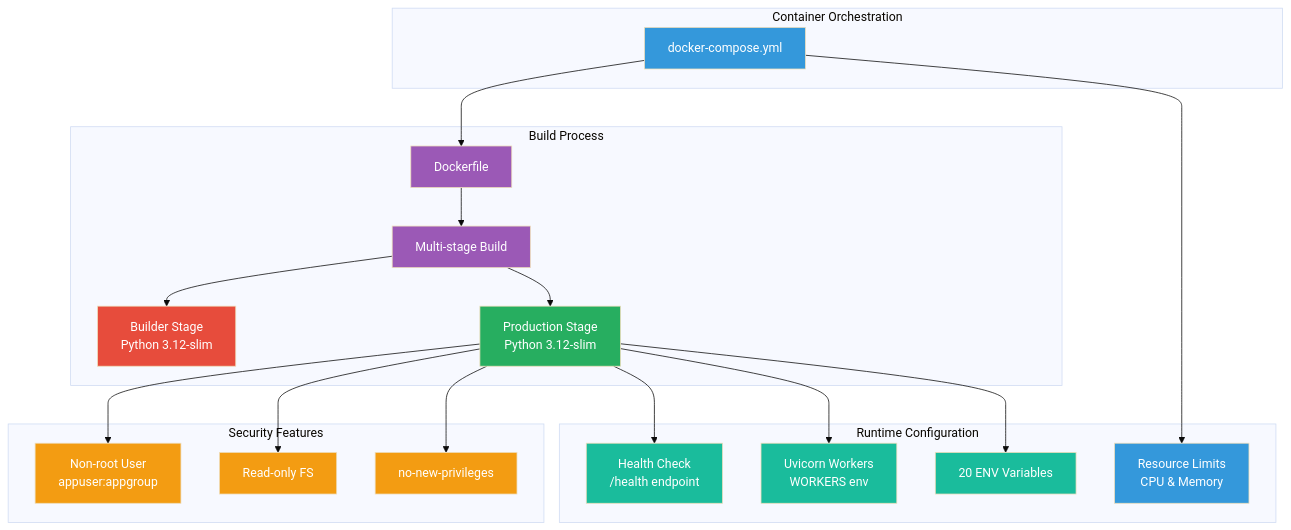
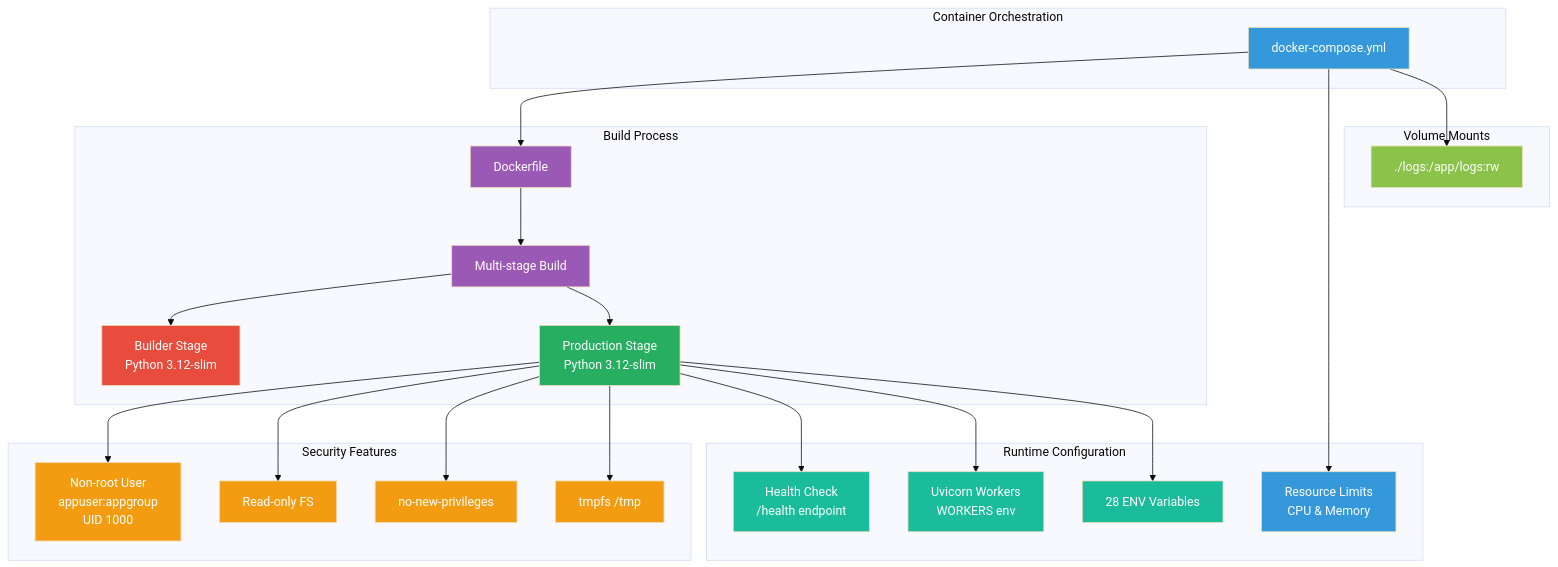
The second of 5 diagrams in REQ/REQ-1.md (javierjortiz82/multi-channel-service), drawn with Mermaid (base theme) before and after one commit. The commit also changed other lines of this file, not shown here.

````diff
--- a/REQ/REQ-1.md
+++ b/REQ/REQ-1.md
@@ -244,51 +432,60 @@
 ```mermaid
 flowchart TD
     subgraph Orchestration["Container Orchestration"]
         A[docker-compose.yml]
     end
 
     subgraph Build["Build Process"]
         B[Dockerfile]
         C[Multi-stage Build]
         D[Builder Stage\nPython 3.12-slim]
         E[Production Stage\nPython 3.12-slim]
     end
 
     subgraph Security["Security Features"]
-        F[Non-root User\nappuser:appgroup]
+        F[Non-root User\nappuser:appgroup\nUID 1000]
         G[Read-only FS]
         H[no-new-privileges]
+        I[tmpfs /tmp]
     end
 
     subgraph Runtime["Runtime Configuration"]
-        I[Health Check\n/health endpoint]
-        J[Uvicorn Workers\nWORKERS env]
-        K[20 ENV Variables]
-        L[Resource Limits\nCPU & Memory]
+        J[Health Check\n/health endpoint]
+        K[Uvicorn Workers\nWORKERS env]
+        L[28 ENV Variables]
+        M[Resource Limits\nCPU & Memory]
+    end
+
+    subgraph Volumes["Volume Mounts"]
+        N[./logs:/app/logs:rw]
     end
 
     A --> B
     B --> C
     C --> D
     C --> E
     E --> F
     E --> G
     E --> H
     E --> I
     E --> J
     E --> K
-    A --> L
+    E --> L
+    A --> M
+    A --> N
 
     style A fill:#3498db,color:#fff
     style B fill:#9b59b6,color:#fff
     style C fill:#9b59b6,color:#fff
     style D fill:#e74c3c,color:#fff
     style E fill:#27ae60,color:#fff
     style F fill:#f39c12,color:#fff
     style G fill:#f39c12,color:#fff
     style H fill:#f39c12,color:#fff
-    style I fill:#1abc9c,color:#fff
+    style I fill:#f39c12,color:#fff
     style J fill:#1abc9c,color:#fff
     style K fill:#1abc9c,color:#fff
-    style L fill:#3498db,color:#fff
+    style L fill:#1abc9c,color:#fff
+    style M fill:#3498db,color:#fff
+    style N fill:#8bc34a,color:#fff
 ```
````
